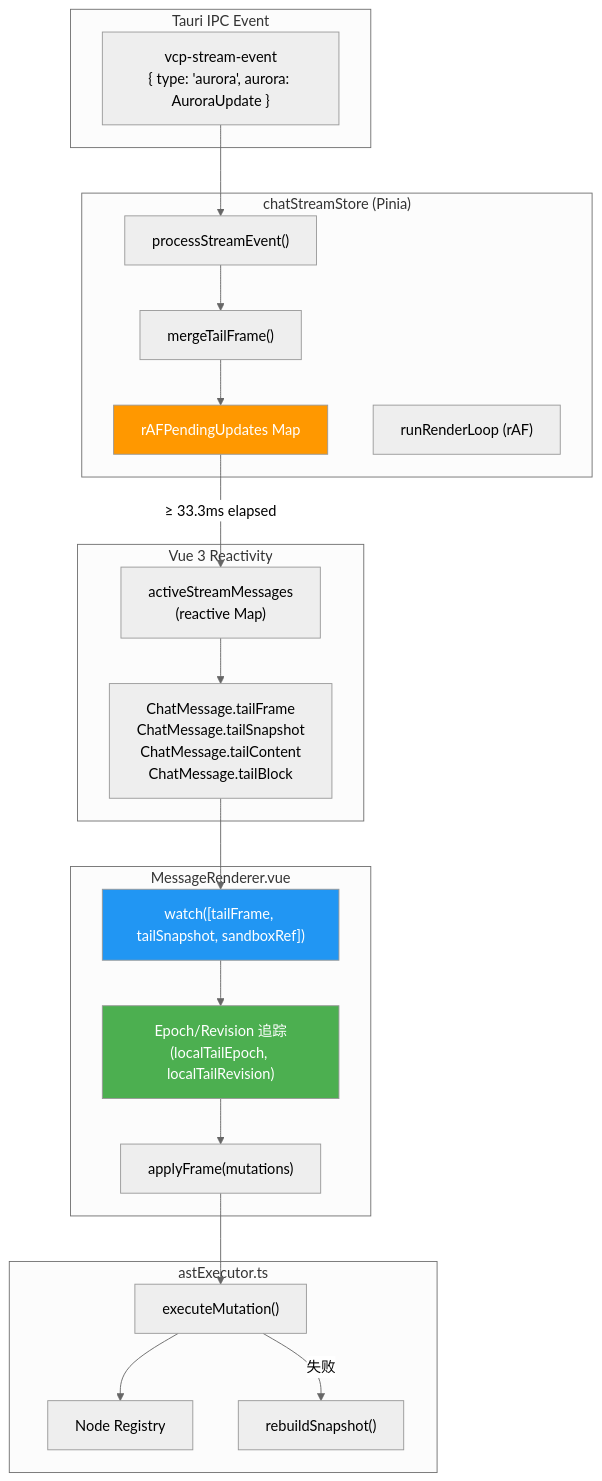
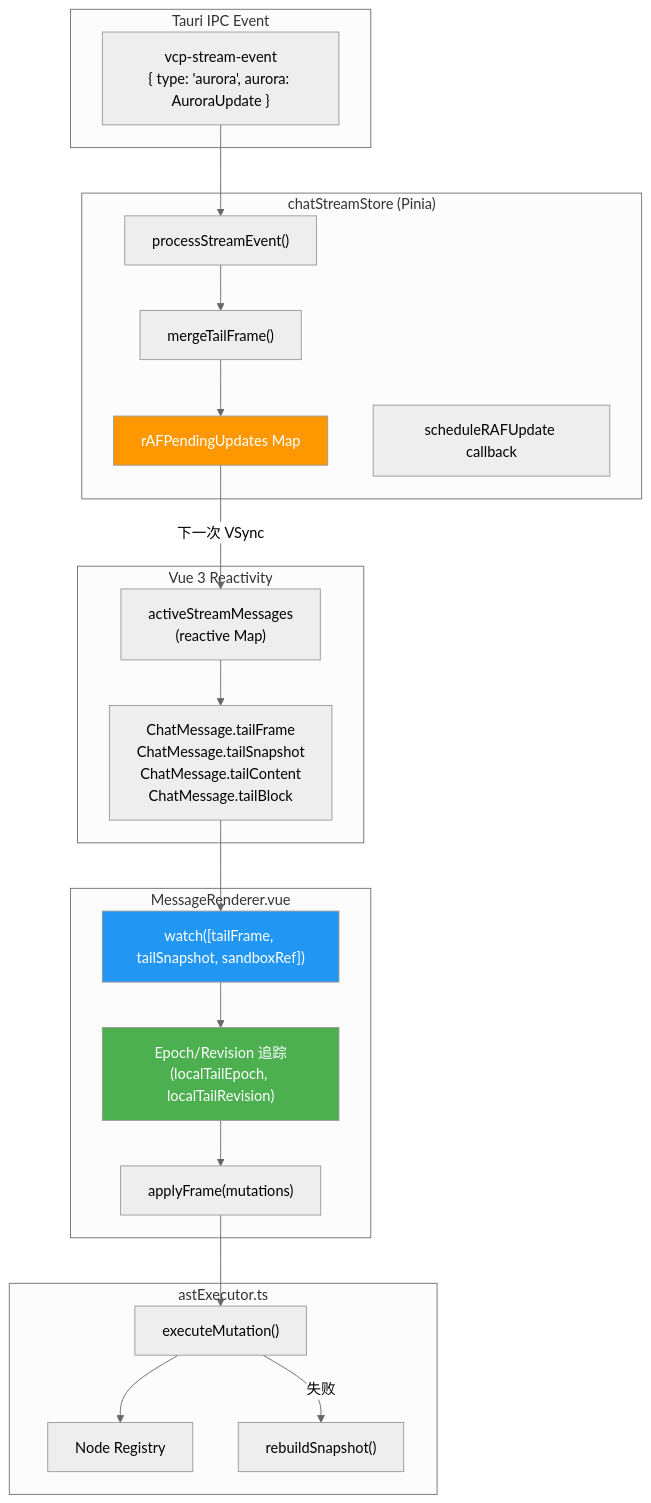
One commit to MRiecy/VCPMobile changed the first of 5 diagrams in docs/modules/ast-diff/05_MessageRenderer集成与rAF渲染节流.md. Above: the diagram before and after it, drawn with Mermaid (neutral theme). The commit also changed other lines of this file and 12 other files, not shown here.

````diff
--- a/docs/modules/ast-diff/05_MessageRenderer集成与rAF渲染节流.md
+++ b/docs/modules/ast-diff/05_MessageRenderer集成与rAF渲染节流.md
@@ -25,46 +25,46 @@
 ```mermaid
 flowchart TD
     subgraph IPC["Tauri IPC Event"]
         SE["vcp-stream-event<br/>{ type: 'aurora', aurora: AuroraUpdate }"]
     end
 
     subgraph Store["chatStreamStore (Pinia)"]
         PS["processStreamEvent()"]
         RAF["rAFPendingUpdates Map"]
         M["mergeTailFrame()"]
-        RL["runRenderLoop (rAF)"]
+        RL["scheduleRAFUpdate callback"]
     end
 
     subgraph Vue["Vue 3 Reactivity"]
         ASM["activeStreamMessages<br/>(reactive Map)"]
         CM["ChatMessage.tailFrame<br/>ChatMessage.tailSnapshot<br/>ChatMessage.tailContent<br/>ChatMessage.tailBlock"]
     end
 
     subgraph Component["MessageRenderer.vue"]
         W["watch([tailFrame, tailSnapshot, sandboxRef])"]
         EP["Epoch/Revision 追踪<br/>(localTailEpoch, localTailRevision)"]
         AF["applyFrame(mutations)"]
     end
 
     subgraph Executor["astExecutor.ts"]
         EM["executeMutation()"]
         NR["Node Registry"]
         RS["rebuildSnapshot()"]
     end
 
     SE --> PS
     PS --> M
     M --> RAF
-    RAF -->|"≥ 33.3ms elapsed"| ASM
+    RAF -->|"下一次 VSync"| ASM
     ASM --> CM
     CM --> W
     W --> EP
     EP --> AF
     AF --> EM
     EM --> NR
     EM -->|"失败"| RS
 
     style RAF fill:#ff9800,color:#fff
     style W fill:#2196f3,color:#fff
     style EP fill:#4caf50,color:#fff
 ```
````
